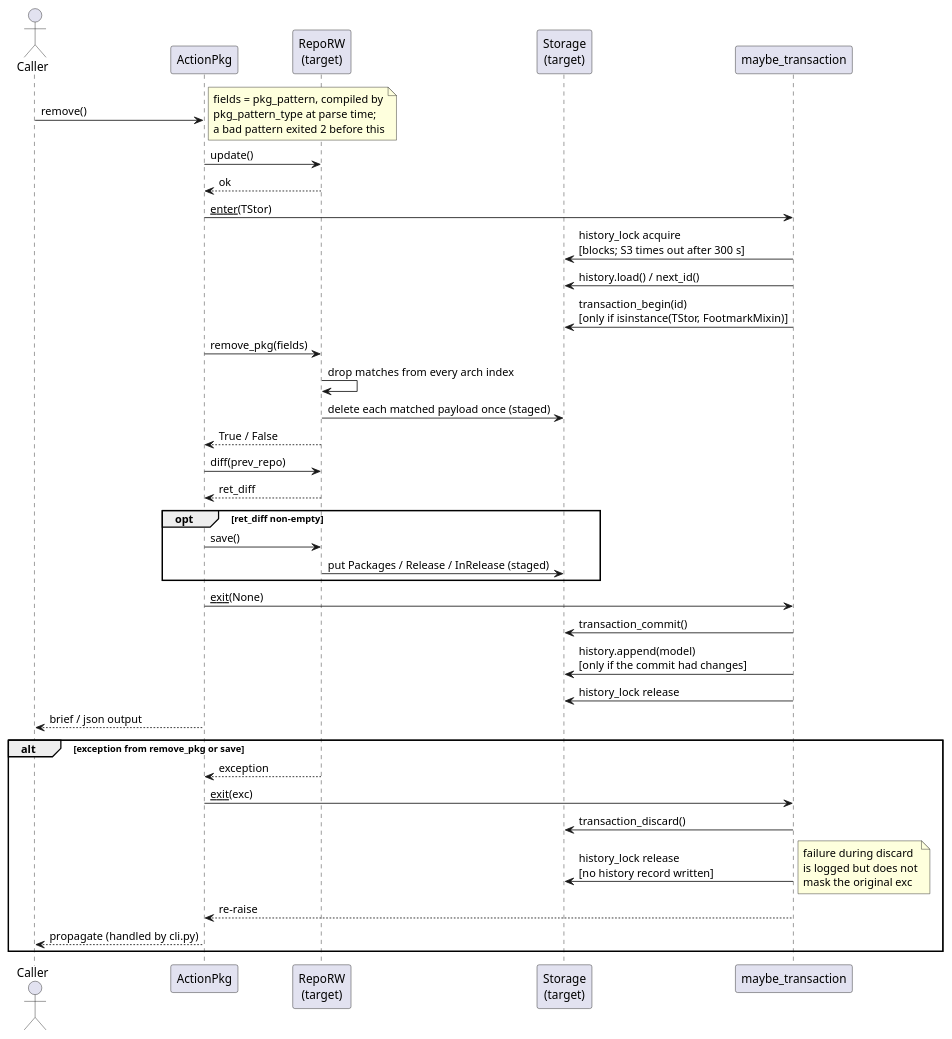
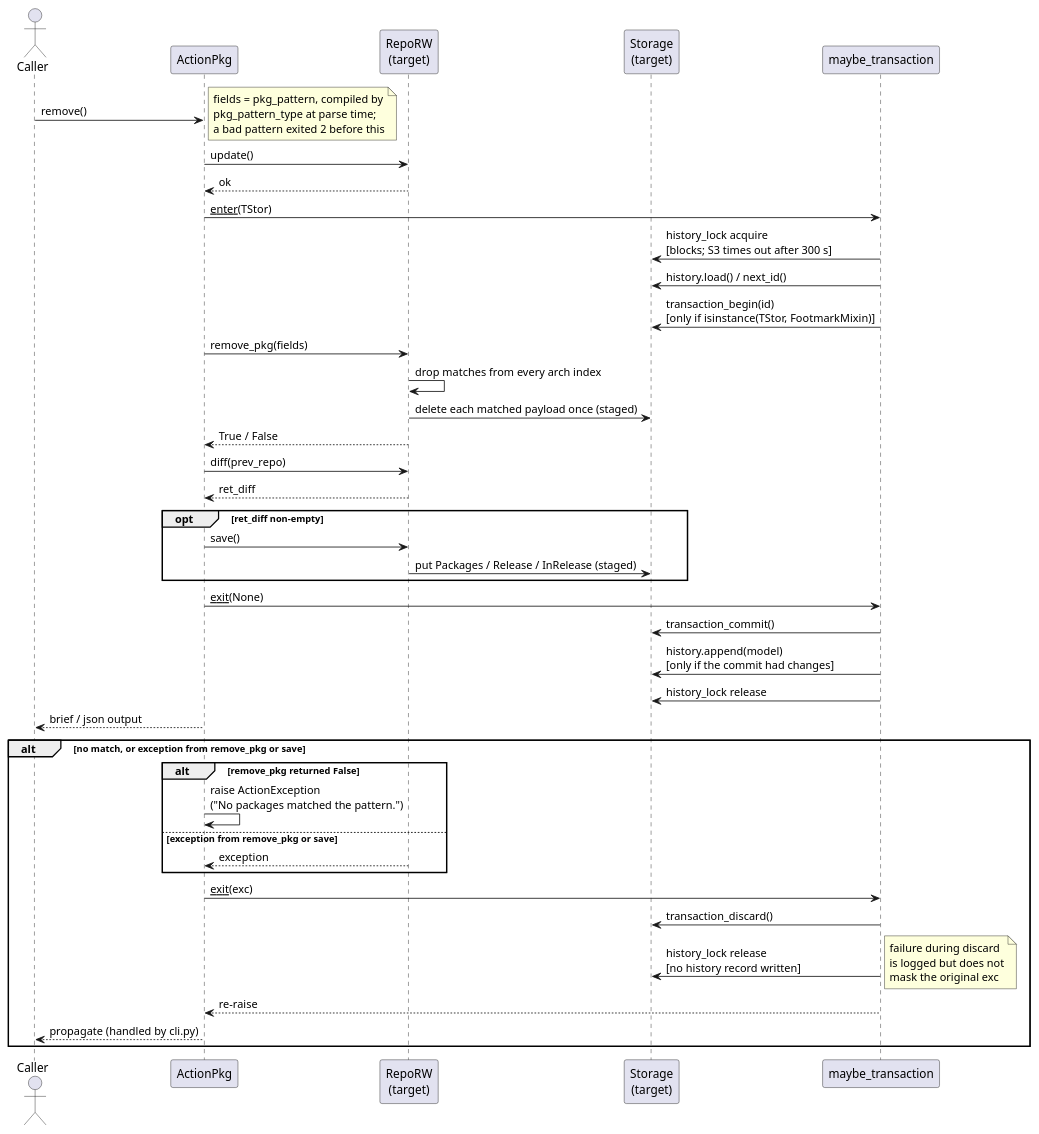
One commit to vinklat/debkit changed the diagram in docs/development/diagrams/action-pkg-remove-sequence.puml. Above: the diagram before and after it, drawn with PlantUML. The commit also changed 13 other files, not shown here.

```diff
--- a/docs/development/diagrams/action-pkg-remove-sequence.puml
+++ b/docs/development/diagrams/action-pkg-remove-sequence.puml
@@ -1,50 +1,54 @@
 @startuml
 actor Caller
 participant ActionPkg
 participant "RepoRW\n(target)" as Tgt
 participant "Storage\n(target)" as TStor
 participant "maybe_transaction" as CM
 
 Caller -> ActionPkg: remove()
 note right
   fields = pkg_pattern, compiled by
   pkg_pattern_type at parse time;
   a bad pattern exited 2 before this
 end note
 
 ActionPkg -> Tgt: update()
 Tgt --> ActionPkg: ok
 
 ActionPkg -> CM: __enter__(TStor)
 CM -> TStor: history_lock acquire\n[blocks; S3 times out after 300 s]
 CM -> TStor: history.load() / next_id()
 CM -> TStor: transaction_begin(id)\n[only if isinstance(TStor, FootmarkMixin)]
 
 ActionPkg -> Tgt: remove_pkg(fields)
 Tgt -> Tgt: drop matches from every arch index
 Tgt -> TStor: delete each matched payload once (staged)
 Tgt --> ActionPkg: True / False
 ActionPkg -> Tgt: diff(prev_repo)
 Tgt --> ActionPkg: ret_diff
 opt ret_diff non-empty
   ActionPkg -> Tgt: save()
   Tgt -> TStor: put Packages / Release / InRelease (staged)
 end
 
 ActionPkg -> CM: __exit__(None)
 CM -> TStor: transaction_commit()
 CM -> TStor: history.append(model)\n[only if the commit had changes]
 CM -> TStor: history_lock release
 
 ActionPkg --> Caller: brief / json output
 
-alt exception from remove_pkg or save
-  Tgt --> ActionPkg: exception
+alt no match, or exception from remove_pkg or save
+  alt remove_pkg returned False
+    ActionPkg -> ActionPkg: raise ActionException\n("No packages matched the pattern.")
+  else exception from remove_pkg or save
+    Tgt --> ActionPkg: exception
+  end
   ActionPkg -> CM: __exit__(exc)
   CM -> TStor: transaction_discard()
   CM -> TStor: history_lock release\n[no history record written]
   note right: failure during discard\nis logged but does not\nmask the original exc
   CM --> ActionPkg: re-raise
   ActionPkg --> Caller: propagate (handled by cli.py)
 end
 @enduml
```
